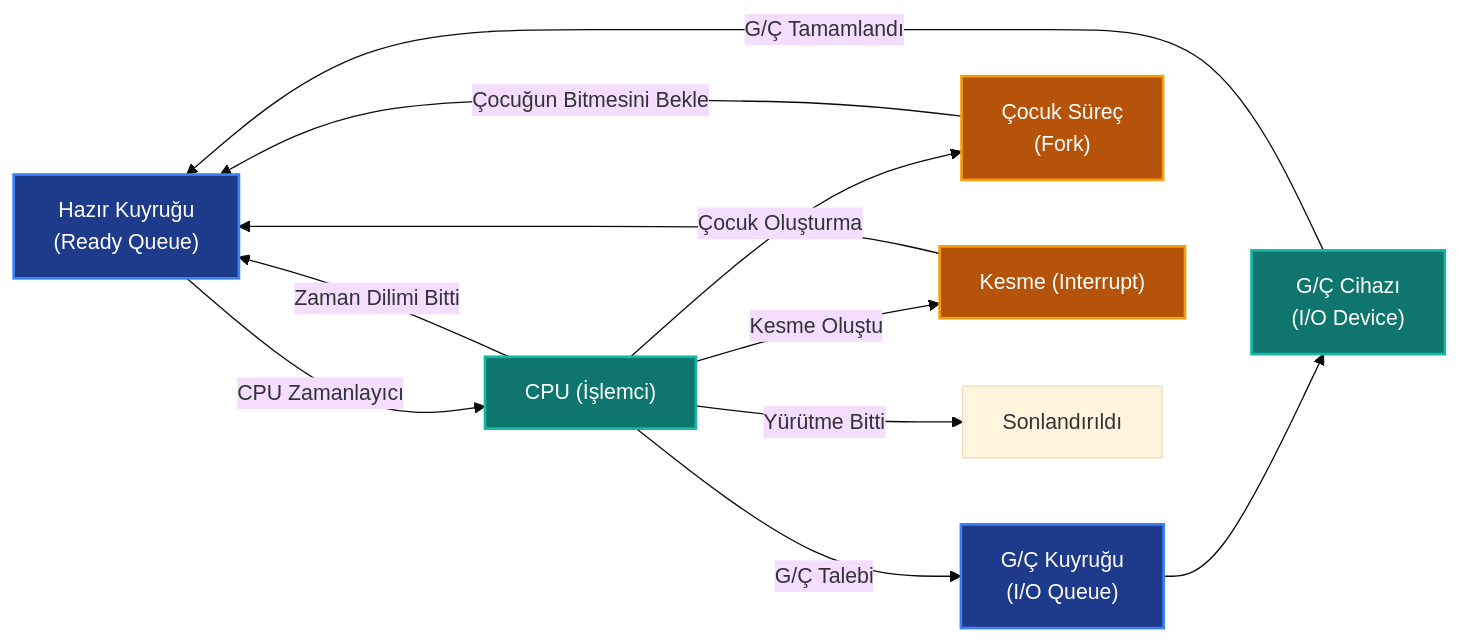
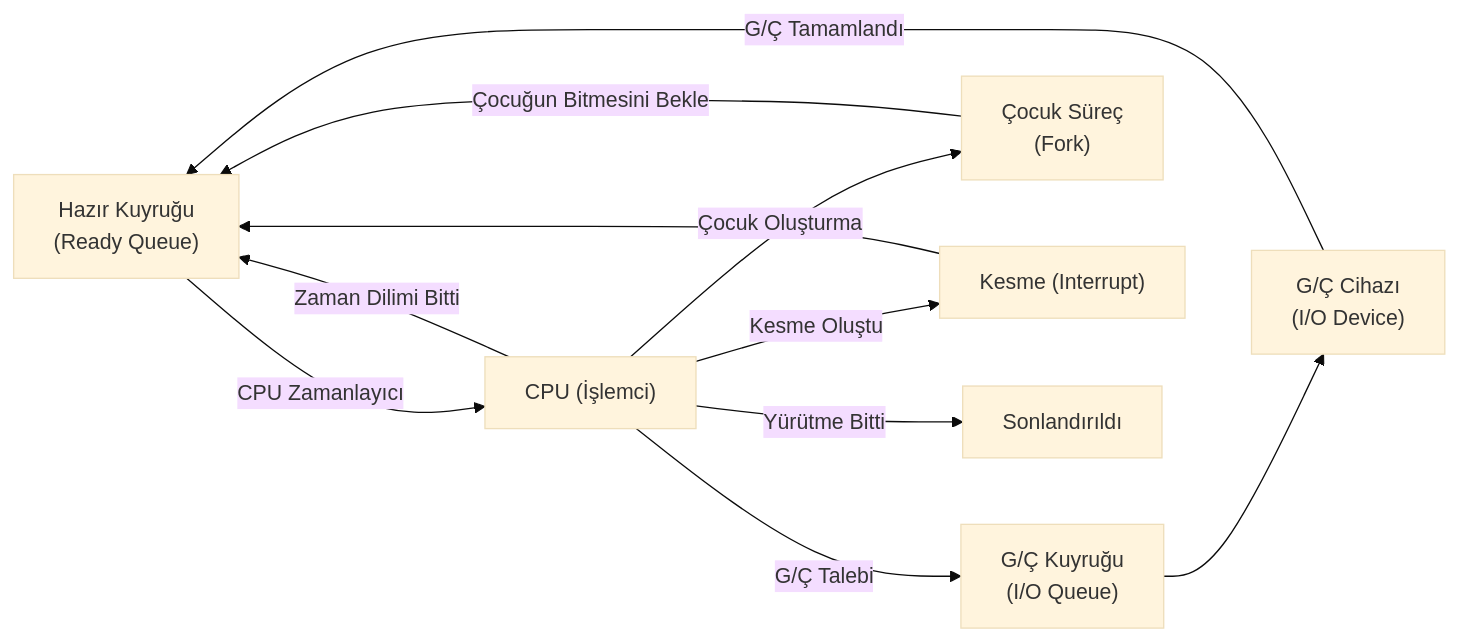
The third of 3 diagrams in website/content/operating-system-concept/tr.md (yusufarbc/yusufarbc), drawn with Mermaid (base theme) before and after one commit. The commit also changed 24 other files, not shown here.

````diff
--- a/website/content/operating-system-concept/tr.md
+++ b/website/content/operating-system-concept/tr.md
@@ -204,24 +204,20 @@
 ```mermaid
 graph LR
-    classDef queue fill:#1e3a8a,stroke:#3b82f6,stroke-width:2px,color:#fff;
-    classDef resource fill:#0f766e,stroke:#14b8a6,stroke-width:2px,color:#fff;
-    classDef process fill:#b45309,stroke:#f59e0b,stroke-width:2px,color:#fff;
-
-    RQ["Hazır Kuyruğu<br/>(Ready Queue)"]:::queue
-    CPU["CPU (İşlemci)"]:::resource
-    IO["G/Ç Kuyruğu<br/>(I/O Queue)"]:::queue
-    IOD["G/Ç Cihazı<br/>(I/O Device)"]:::resource
-    Child["Çocuk Süreç<br/>(Fork)"]:::process
-    Int["Kesme (Interrupt)"]:::process
+    RQ["Hazır Kuyruğu<br/>(Ready Queue)"]
+    CPU["CPU (İşlemci)"]
+    IO["G/Ç Kuyruğu<br/>(I/O Queue)"]
+    IOD["G/Ç Cihazı<br/>(I/O Device)"]
+    Child["Çocuk Süreç<br/>(Fork)"]
+    Int["Kesme (Interrupt)"]
 
     RQ -->|CPU Zamanlayıcı| CPU
     CPU -->|Yürütme Bitti| Terminated["Sonlandırıldı"]
     CPU -->|G/Ç Talebi| IO
     IO --> IOD
     IOD -->|G/Ç Tamamlandı| RQ
     CPU -->|Zaman Dilimi Bitti| RQ
     CPU -->|Çocuk Oluşturma| Child
     Child -->|Çocuğun Bitmesini Bekle| RQ
     CPU -->|Kesme Oluştu| Int
     Int --> RQ
 ```
````
